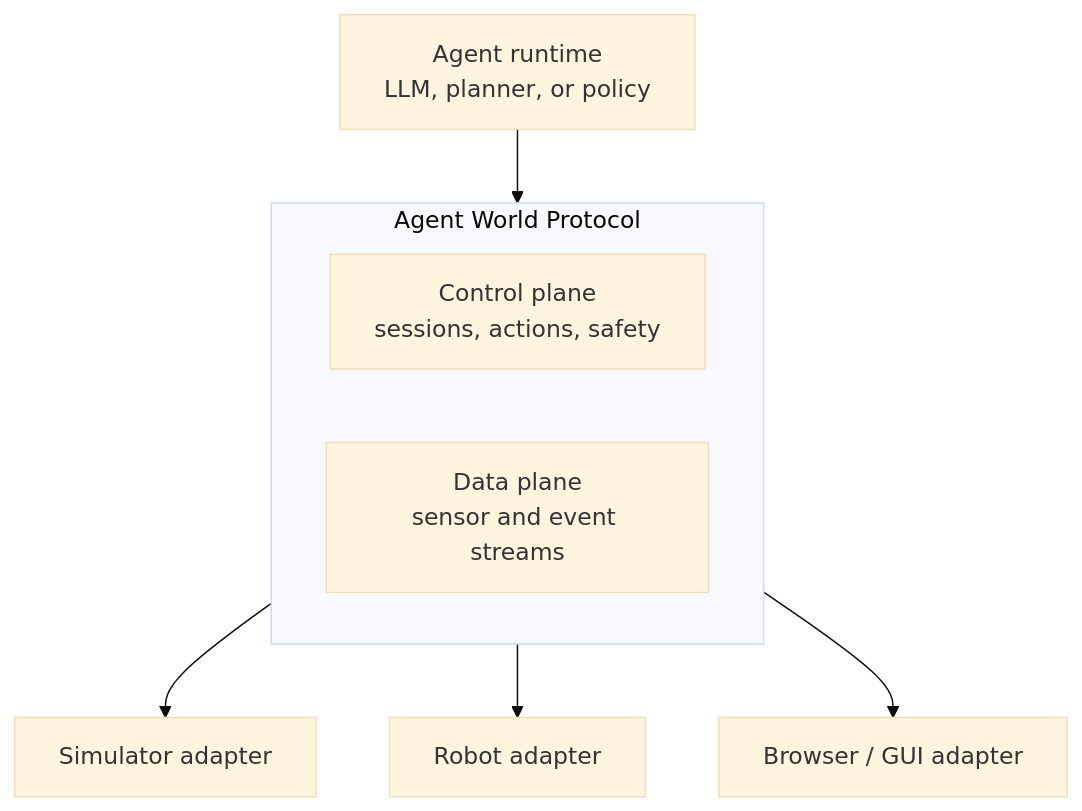
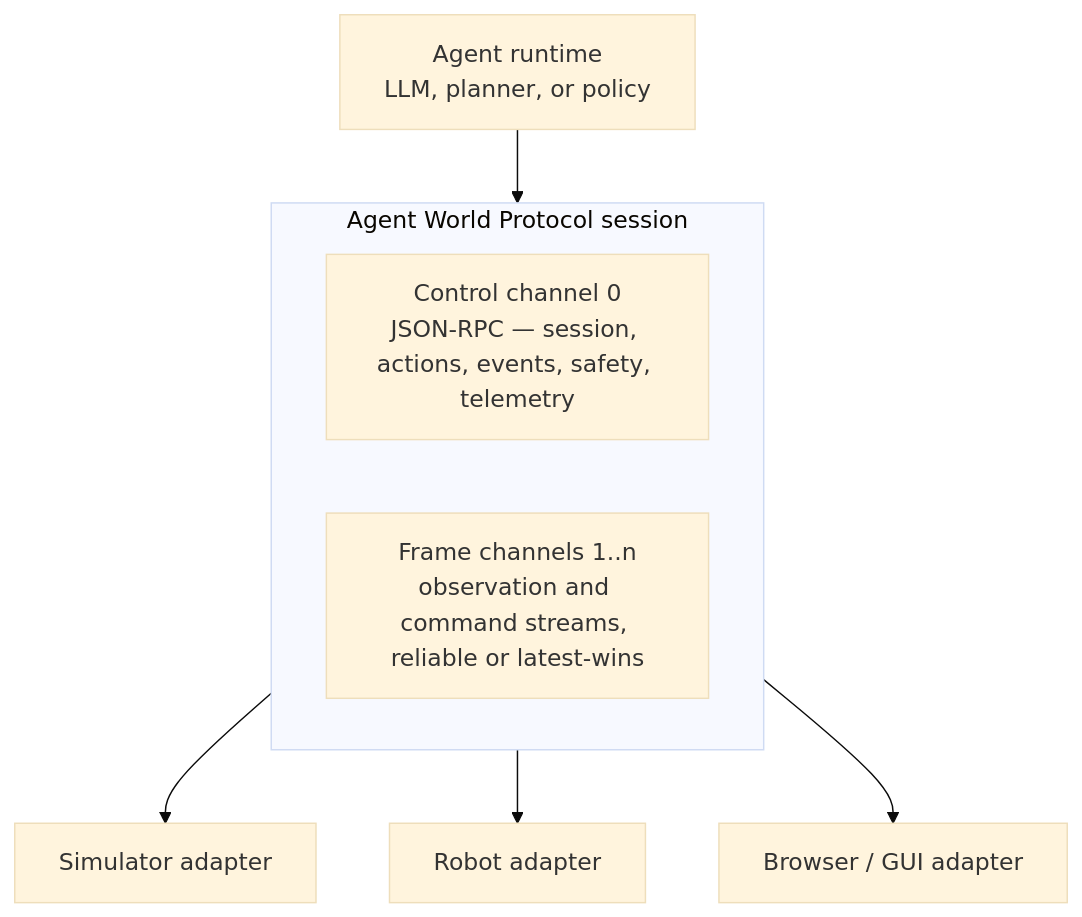
The diagram in concepts/architecture.mdx (Hyperduality/agent-world-protocol), drawn with Mermaid (base theme) before and after one commit. The commit also changed other lines of this file and 119 other files, not shown here.

````diff
--- a/concepts/architecture.mdx
+++ b/concepts/architecture.mdx
@@ -9,11 +9,11 @@
 ```mermaid
 flowchart TB
     A[Agent runtime<br/>LLM, planner, or policy] --> P
-    subgraph P[Agent World Protocol]
-        C[Control plane<br/>sessions, actions, safety]
-        D[Data plane<br/>sensor and event streams]
+    subgraph P[Agent World Protocol session]
+        C["Control channel 0<br/>JSON-RPC — session, actions, events, safety, telemetry"]
+        D["Frame channels 1..n<br/>observation and command streams, reliable or latest-wins"]
     end
     P --> S[Simulator adapter]
     P --> R[Robot adapter]
     P --> G[Browser / GUI adapter]
 ```
````
